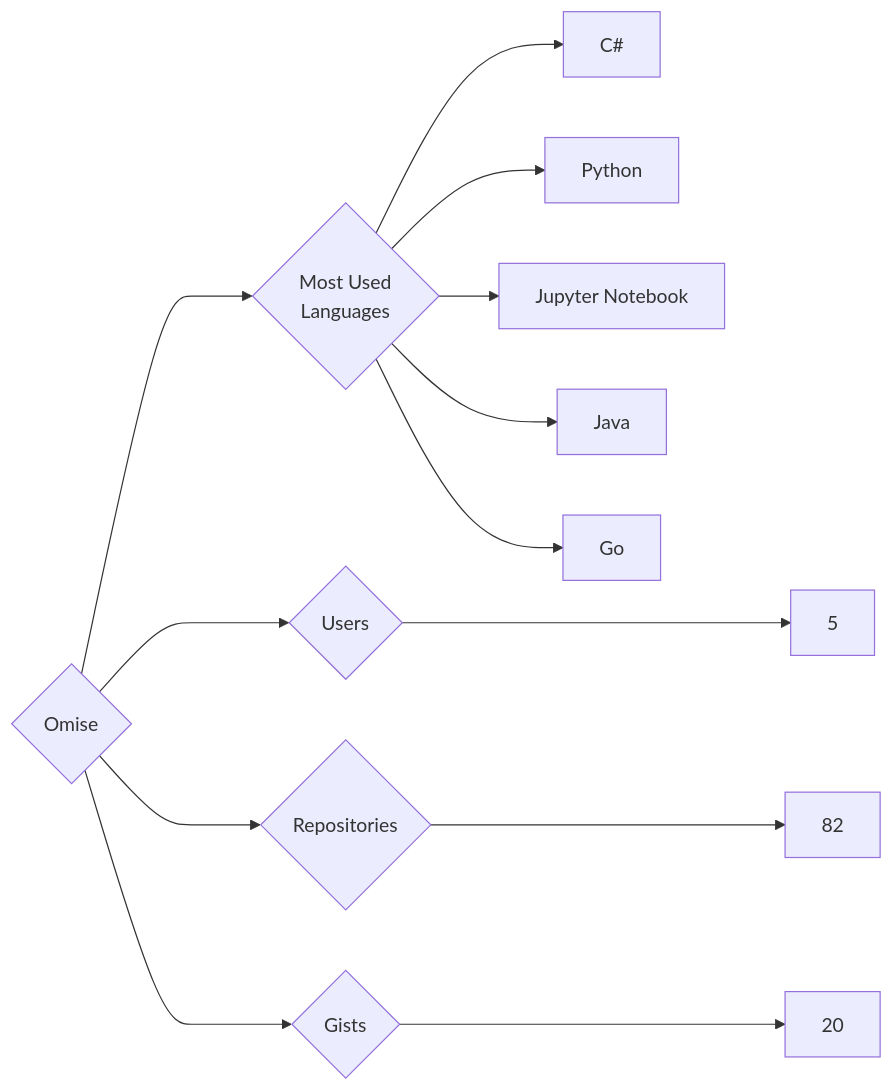
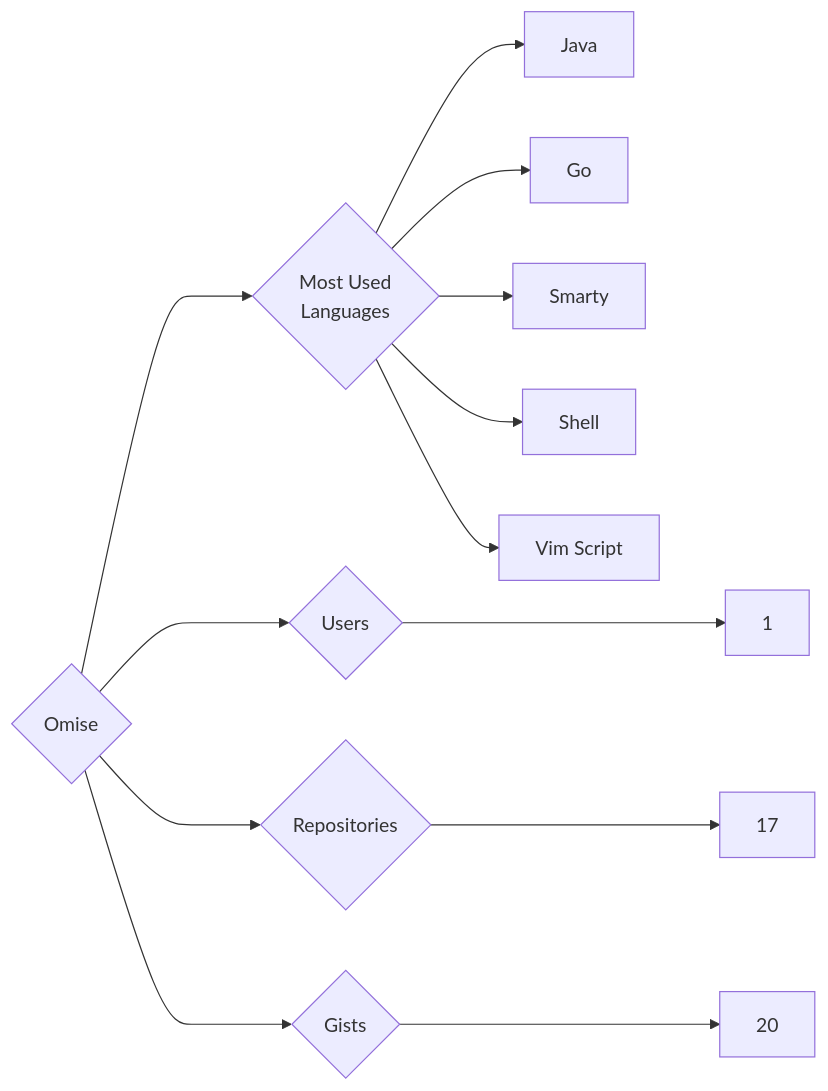
The diagram in targets/Omise/README.md (trickest/insiders), drawn with Mermaid before and after one commit. The commit also changed 773 other files, not shown here.

````diff
--- a/targets/Omise/README.md
+++ b/targets/Omise/README.md
@@ -3,13 +3,13 @@
 ```mermaid
 graph LR
 COMPANY_NAME{Omise}
-COMPANY_NAME ---> U{Users} ---> UN[5]
-COMPANY_NAME ---> R{Repositories} ---> RN[82]
+COMPANY_NAME ---> U{Users} ---> UN[1]
+COMPANY_NAME ---> R{Repositories} ---> RN[17]
 COMPANY_NAME ---> G{Gists} ---> GN[20]
 COMPANY_NAME ---> ML{Most Used<br>Languages}
-ML --> C#[C#]
-ML --> Python[Python]
-ML --> Jupyter_Notebook[Jupyter Notebook]
 ML --> Java[Java]
 ML --> Go[Go]
+ML --> Smarty[Smarty]
+ML --> Shell[Shell]
+ML --> Vim_Script[Vim Script]
 ```
````
